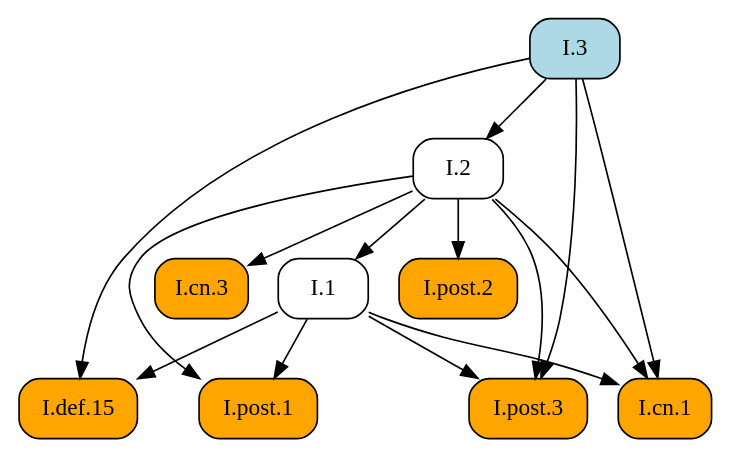
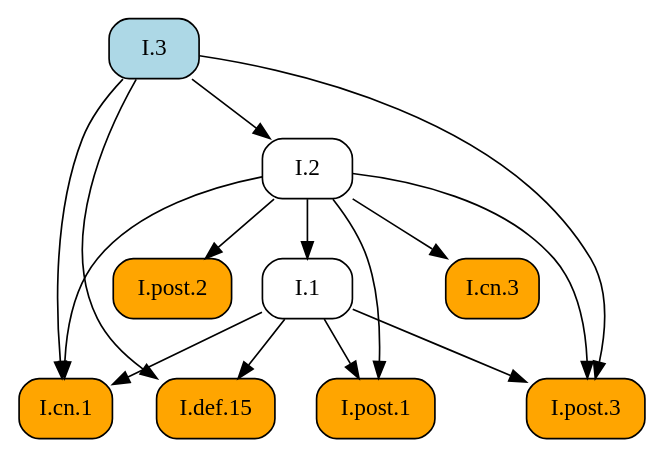
Before and after one commit to geometor/elements: the diagram in docsrc/heath/I/3/index.rst, drawn with Graphviz. The commit also changed other lines of this file and 484 other files, not shown here.

```diff
--- a/docsrc/heath/I/3/index.rst
+++ b/docsrc/heath/I/3/index.rst
@@ -37,29 +37,29 @@
 .. graphviz::
 
    digraph {
      rankdir="TB";
      node [shape=box, style=rounded];
+     "I.cn.1" [style="rounded,filled", fillcolor=orange, URL="/heath/I/cn.1/", target="_top"];
+     "I.2" [URL="/heath/I/2/", target="_top"];
      "I.def.15" [style="rounded,filled", fillcolor=orange, URL="/heath/I/def.15/", target="_top"];
      "I.1" [URL="/heath/I/1/", target="_top"];
      "I.post.3" [style="rounded,filled", fillcolor=orange, URL="/heath/I/post.3/", target="_top"];
-     "I.cn.1" [style="rounded,filled", fillcolor=orange, URL="/heath/I/cn.1/", target="_top"];
+     "I.post.1" [style="rounded,filled", fillcolor=orange, URL="/heath/I/post.1/", target="_top"];
+     "I.post.2" [style="rounded,filled", fillcolor=orange, URL="/heath/I/post.2/", target="_top"];
      "I.cn.3" [style="rounded,filled", fillcolor=orange, URL="/heath/I/cn.3/", target="_top"];
      "I.3" [style="rounded,filled", fillcolor=lightblue, URL="/heath/I/3/", target="_top"];
-     "I.2" [URL="/heath/I/2/", target="_top"];
-     "I.post.1" [style="rounded,filled", fillcolor=orange, URL="/heath/I/post.1/", target="_top"];
-     "I.post.2" [style="rounded,filled", fillcolor=orange, URL="/heath/I/post.2/", target="_top"];
+     "I.1" -> "I.cn.1";
+     "I.2" -> "I.cn.1";
+     "I.3" -> "I.cn.1";
+     "I.3" -> "I.2";
      "I.1" -> "I.def.15";
      "I.3" -> "I.def.15";
      "I.2" -> "I.1";
      "I.1" -> "I.post.3";
      "I.2" -> "I.post.3";
      "I.3" -> "I.post.3";
-     "I.1" -> "I.cn.1";
-     "I.2" -> "I.cn.1";
-     "I.3" -> "I.cn.1";
-     "I.2" -> "I.cn.3";
-     "I.3" -> "I.2";
      "I.1" -> "I.post.1";
      "I.2" -> "I.post.1";
      "I.2" -> "I.post.2";
+     "I.2" -> "I.cn.3";
    }
```
